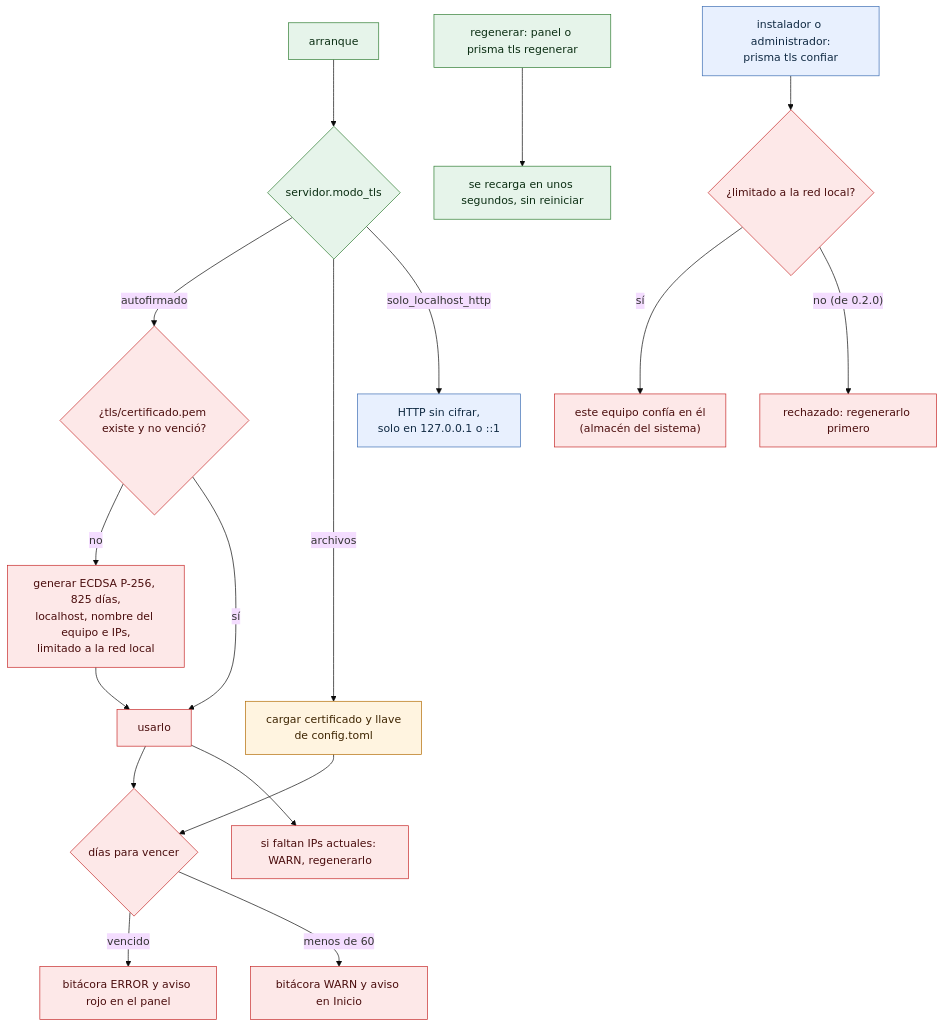
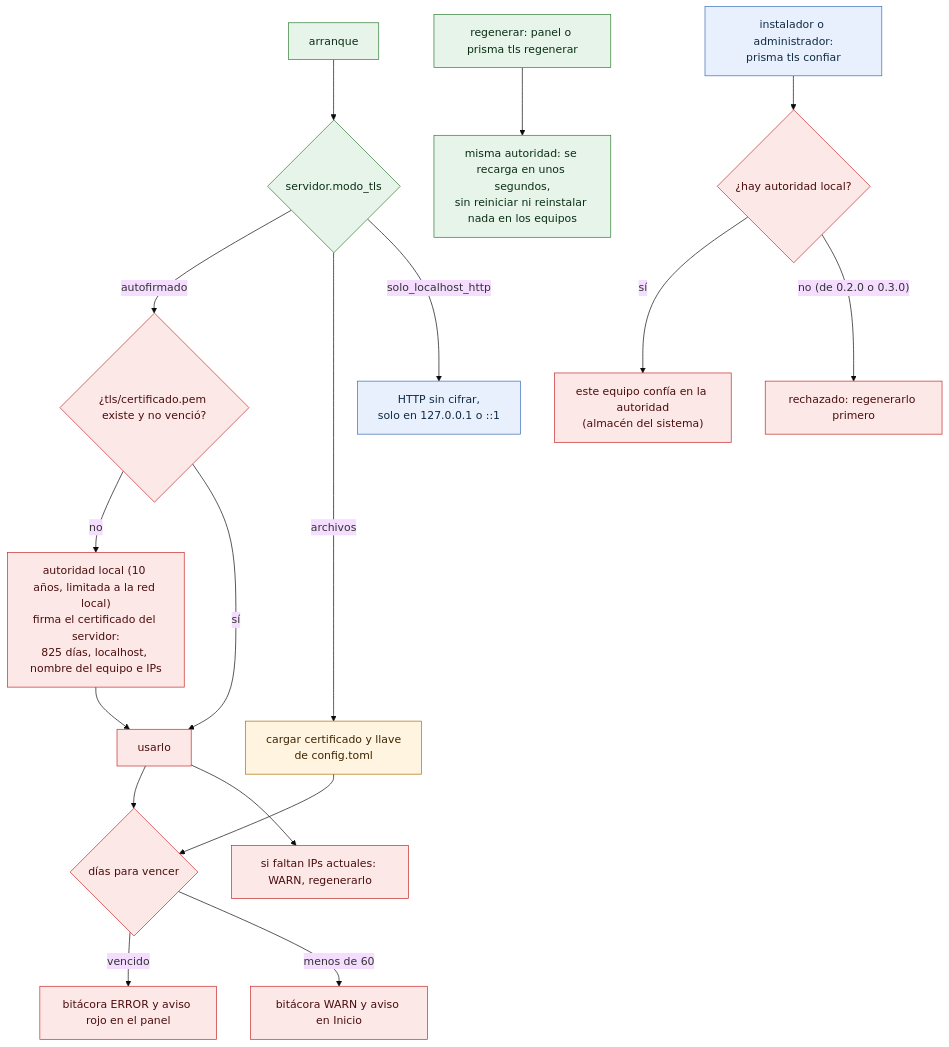
One commit to bayalad7/prisma changed the diagram in docs/diagramas/12-modos-tls.md. Above: the diagram before and after it, drawn with Mermaid (base theme). The commit also changed other lines of this file and 17 other files, not shown here.

First line of the commit message:
documentacion(prisma): documenta la autoridad local (ADR 0021)

````diff
--- a/docs/diagramas/12-modos-tls.md
+++ b/docs/diagramas/12-modos-tls.md
@@ -12,23 +12,23 @@
 ```mermaid
 flowchart TD
     a["arranque"]:::prisma --> m{"servidor.modo_tls"}:::prisma
     m -- autofirmado --> e{"¿tls/certificado.pem existe y no venció?"}:::seguridad
-    e -- no --> g["generar ECDSA P-256, 825 días,<br/>localhost, nombre del equipo e IPs,<br/>limitado a la red local"]:::seguridad
+    e -- no --> g["autoridad local (10 años, limitada a la red local)<br/>firma el certificado del servidor:<br/>825 días, localhost, nombre del equipo e IPs"]:::seguridad
     e -- sí --> u["usarlo"]:::seguridad
     g --> u
     m -- archivos --> f["cargar certificado y llave<br/>de config.toml"]:::datos
     m -- solo_localhost_http --> h["HTTP sin cifrar,<br/>solo en 127.0.0.1 o ::1"]:::externo
     u --> v{"días para vencer"}:::seguridad
     f --> v
     v -- "vencido" --> err["bitácora ERROR y aviso rojo en el panel"]:::seguridad
     v -- "menos de 60" --> warn["bitácora WARN y aviso en Inicio"]:::seguridad
     u --> ip["si faltan IPs actuales: WARN, regenerarlo"]:::seguridad
-    r["regenerar: panel o prisma tls regenerar"]:::prisma --> rc["se recarga en unos segundos, sin reiniciar"]:::prisma
-    i["instalador o administrador:<br/>prisma tls confiar"]:::externo --> c{"¿limitado a la red local?"}:::seguridad
-    c -- sí --> cs["este equipo confía en él<br/>(almacén del sistema)"]:::seguridad
-    c -- "no (de 0.2.0)" --> cn["rechazado: regenerarlo primero"]:::seguridad
+    r["regenerar: panel o prisma tls regenerar"]:::prisma --> rc["misma autoridad: se recarga en unos segundos,<br/>sin reiniciar ni reinstalar nada en los equipos"]:::prisma
+    i["instalador o administrador:<br/>prisma tls confiar"]:::externo --> c{"¿hay autoridad local?"}:::seguridad
+    c -- sí --> cs["este equipo confía en la autoridad<br/>(almacén del sistema)"]:::seguridad
+    c -- "no (de 0.2.0 o 0.3.0)" --> cn["rechazado: regenerarlo primero"]:::seguridad
     classDef externo fill:#e8f0fe,stroke:#3b6db3,color:#102a43
     classDef prisma fill:#e6f4ea,stroke:#2f7d32,color:#0b2e13
     classDef datos fill:#fff4e0,stroke:#b26a00,color:#3d2400
     classDef seguridad fill:#fde8e8,stroke:#c62828,color:#4a0d0d
 ```
````
